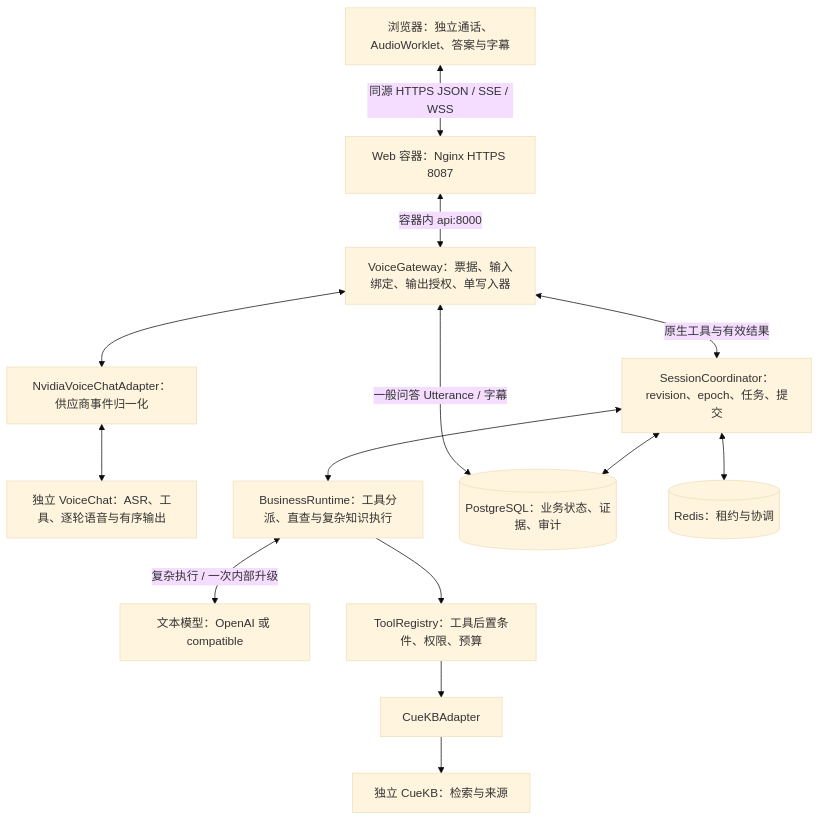
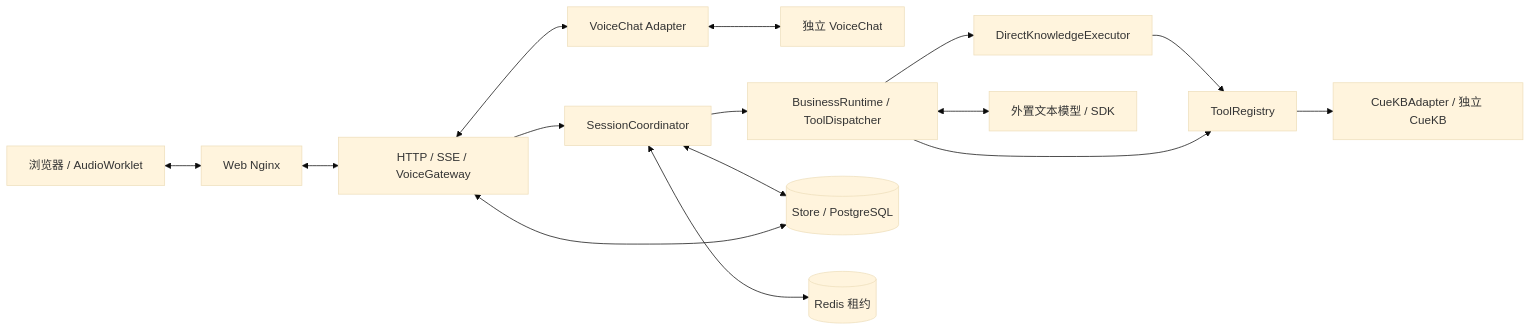
One commit to ttonghao-thao/voice-service-agent changed the diagram in docs/architecture.md. Above: the diagram before and after it, drawn with Mermaid (base theme). The commit also changed other lines of this file and 25 other files, not shown here.

````diff
--- a/docs/architecture.md
+++ b/docs/architecture.md
@@ -23,26 +13,17 @@
 ```mermaid
-flowchart TB
-    U[浏览器：独立通话、AudioWorklet、答案与字幕]
-    W[Web 容器：Nginx HTTPS 8087]
-    G[VoiceGateway：票据、输入绑定、输出授权、单写入器]
-    C[SessionCoordinator：revision、epoch、任务、提交]
-    V[NvidiaVoiceChatAdapter：供应商事件归一化]
-    N[独立 VoiceChat：ASR、工具、逐轮语音与有序输出]
-    B[BusinessRuntime：工具分派、直查与复杂知识执行]
-    L[文本模型：OpenAI 或 compatible]
-    T[ToolRegistry：工具后置条件、权限、预算]
-    K[CueKBAdapter]
-    Q[独立 CueKB：检索与来源]
-    S[(PostgreSQL：业务状态、证据、审计)]
-    R[(Redis：租约与协调)]
-    U <-->|同源 HTTPS JSON / SSE / WSS| W
-    W <-->|容器内 api:8000| G
-    G <--> V <--> N
-    G <-->|原生工具与有效结果| C
-    C <--> B
-    B <-->|复杂执行 / 一次内部升级| L
-    G <-->|一般问答 Utterance / 字幕| S
-    B --> T --> K --> Q
-    C <--> S
-    C <--> R
+flowchart LR
+    UI[浏览器 / AudioWorklet] <--> Web[Web Nginx]
+    Web <--> API[HTTP / SSE / VoiceGateway]
+    API <--> Adapter[VoiceChat Adapter]
+    Adapter <--> Voice[独立 VoiceChat]
+    API --> C[SessionCoordinator]
+    C --> R[BusinessRuntime / ToolDispatcher]
+    R --> D[DirectKnowledgeExecutor]
+    R <--> L[外置文本模型 / SDK]
+    D --> T[ToolRegistry]
+    R --> T
+    T --> K[CueKBAdapter / 独立 CueKB]
+    C <--> DB[(Store / PostgreSQL)]
+    API <--> DB
+    C <--> Lease[(Redis 租约)]
 ```
````
